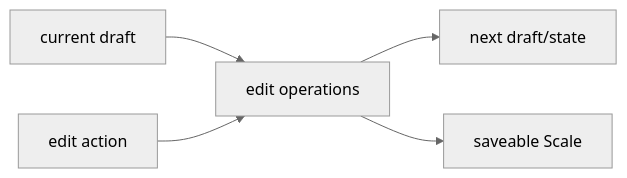
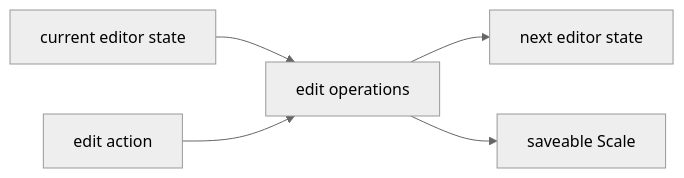
Before and after one commit to robertdyr/skales-v1: the second of 3 diagrams in docs/architecture/editor.md, drawn with Mermaid (neutral theme). The commit also changed other lines of this file and 17 other files, not shown here.

````diff
--- a/docs/architecture/editor.md
+++ b/docs/architecture/editor.md
@@ -25,6 +24,6 @@
 ```mermaid
 flowchart LR
-    Draft["current draft"] --> EditOps["edit operations"] --> NextDraft["next draft/state"]
+    Draft["current editor state"] --> EditOps["edit operations"] --> NextDraft["next editor state"]
     Action2["edit action"] --> EditOps
     EditOps --> Saveable["saveable Scale"]
 ```
````
